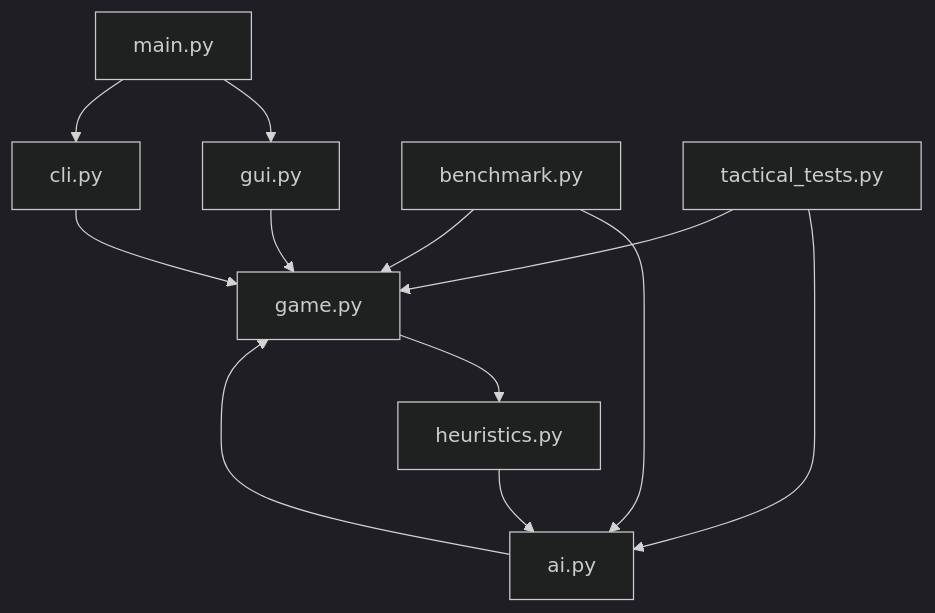
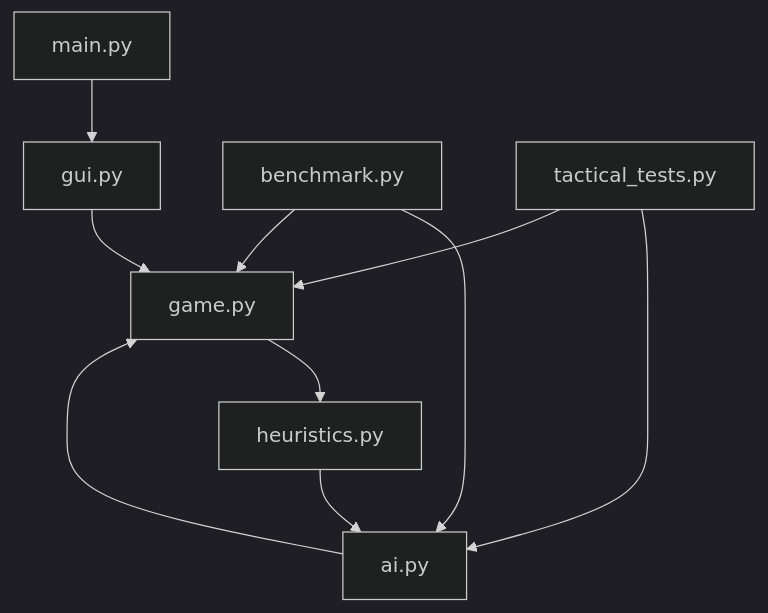
One commit to CodeingOver/CocaroGamePython changed the first of 4 diagrams in docs/architecture.md. Above: the diagram before and after it, drawn with Mermaid (dark theme). The commit also changed other lines of this file and 11 other files, not shown here.

````diff
--- a/docs/architecture.md
+++ b/docs/architecture.md
@@ -80,14 +77,12 @@
 ```mermaid
 graph TD
     A[main.py] --> B[gui.py]
-    A --> C[cli.py]
     B --> D[game.py]
-    C --> D
     D --> E[heuristics.py]
     E --> F[ai.py]
     F --> D
     G[benchmark.py] --> F
     G --> D
     H[tactical_tests.py] --> F
     H --> D
 ```
````
